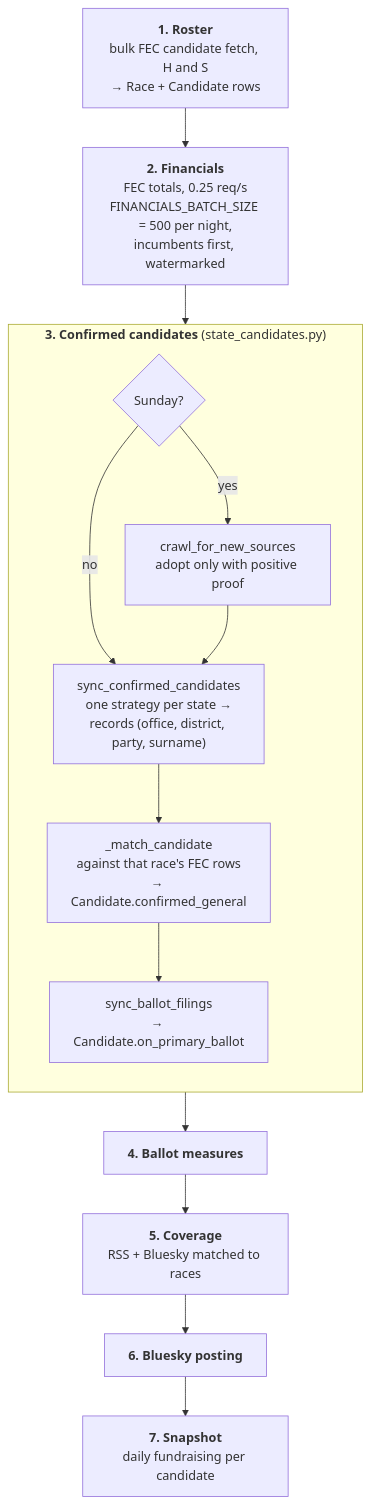
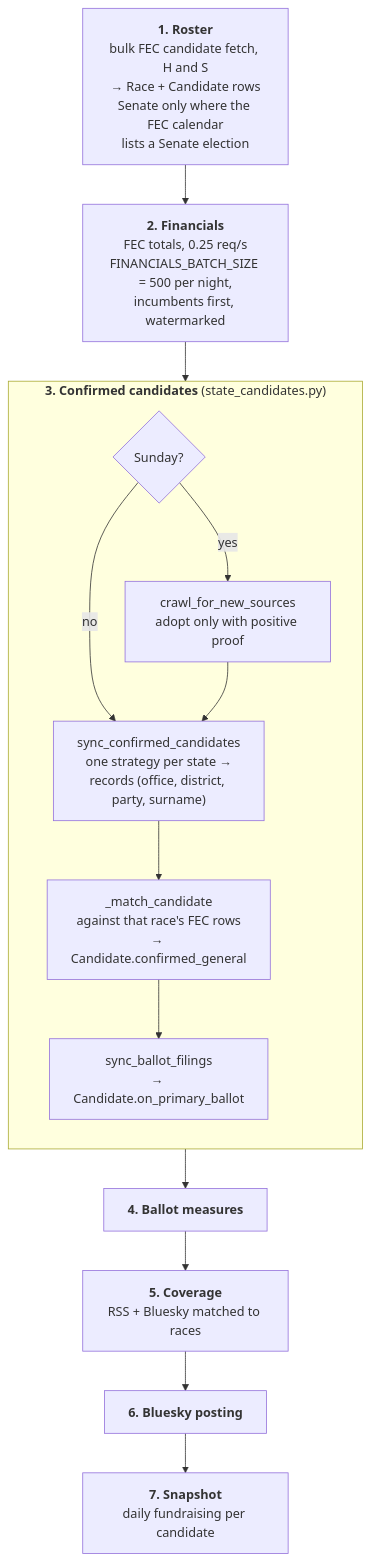
Before and after one commit to kamoras/civitas: the second of 3 diagrams in docs/diagrams/10-elections.md, drawn with Mermaid. The commit also changed other lines of this file and 6 other files, not shown here.

First line of the commit message:
fix(elections): no Senate race where the FEC calendar lists none

````diff
--- a/docs/diagrams/10-elections.md
+++ b/docs/diagrams/10-elections.md
@@ -29,18 +29,18 @@
 ```mermaid
 flowchart TB
-    ROSTER["<b>1. Roster</b><br/>bulk FEC candidate fetch, H and S<br/>→ Race + Candidate rows"]
+    ROSTER["<b>1. Roster</b><br/>bulk FEC candidate fetch, H and S<br/>→ Race + Candidate rows<br/>Senate only where the FEC calendar<br/>lists a Senate election"]
     ROSTER --> FIN["<b>2. Financials</b><br/>FEC totals, 0.25 req/s<br/>FINANCIALS_BATCH_SIZE = 500 per night,<br/>incumbents first, watermarked"]
     FIN --> CONF
     subgraph CONF["<b>3. Confirmed candidates</b> (state_candidates.py)"]
         direction TB
         CRAWL{"Sunday?"} -->|yes| CRAWLER["crawl_for_new_sources<br/>adopt only with positive proof"]
         CRAWL -->|no| SYNC
         CRAWLER --> SYNC["sync_confirmed_candidates<br/>one strategy per state →<br/>records (office, district, party, surname)"]
         SYNC --> MATCH["_match_candidate<br/>against that race's FEC rows<br/>→ Candidate.confirmed_general"]
         MATCH --> FILINGS["sync_ballot_filings<br/>→ Candidate.on_primary_ballot"]
     end
     CONF --> MEAS["<b>4. Ballot measures</b>"]
     MEAS --> COVI["<b>5. Coverage</b><br/>RSS + Bluesky matched to races"]
     COVI --> POST["<b>6. Bluesky posting</b>"]
     POST --> SNAP["<b>7. Snapshot</b><br/>daily fundraising per candidate"]
 ```
````
